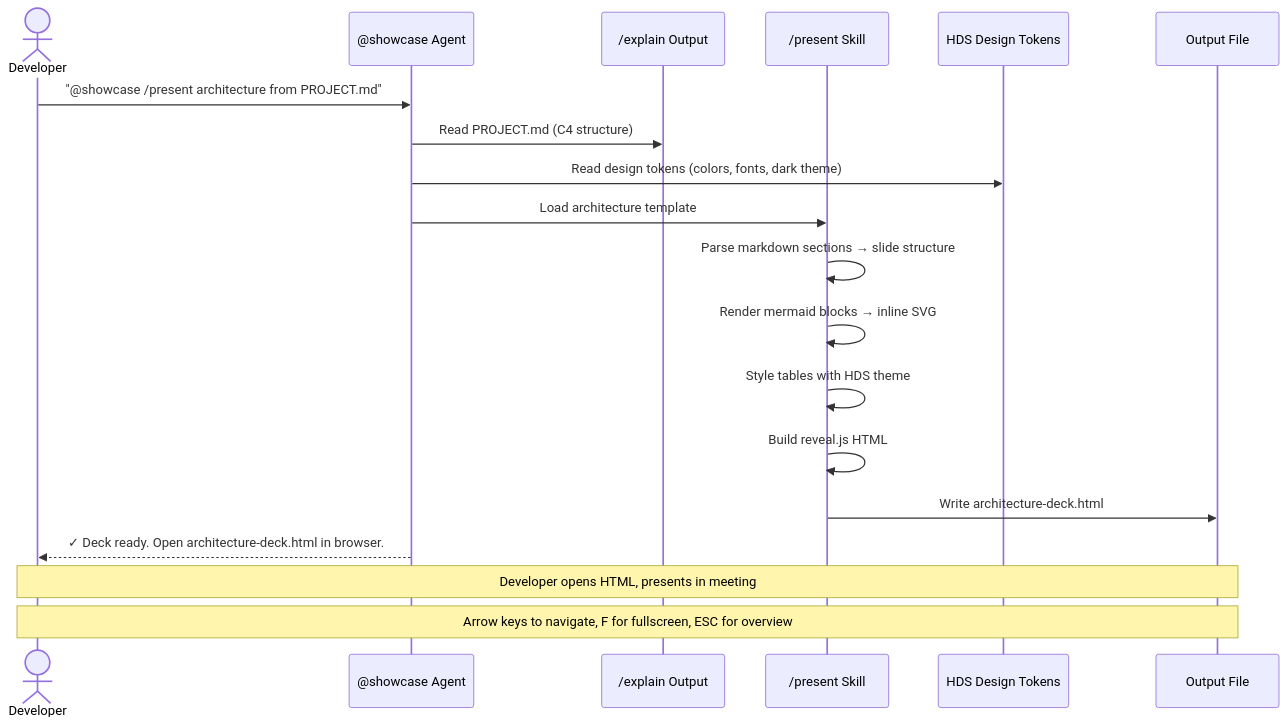
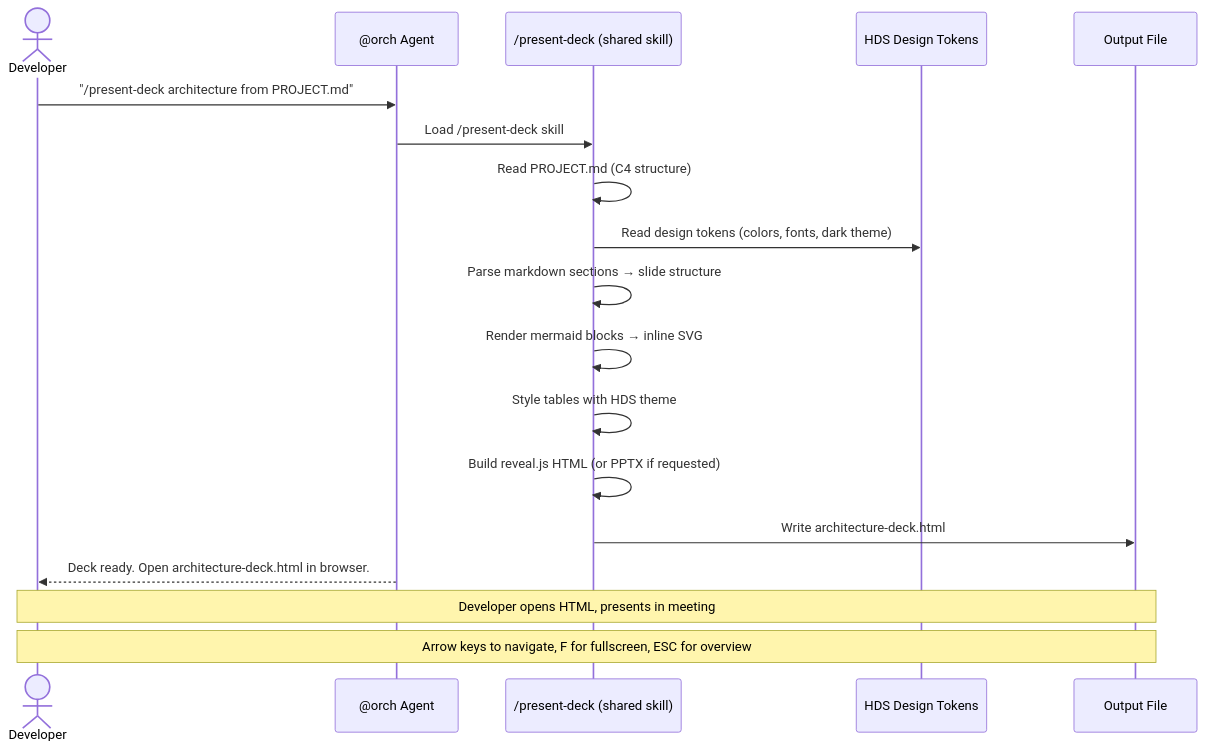
Before and after one commit to oneinthebox/vscode-ghcp-agents: the sixth of 6 diagrams in docs/prd.md, drawn with Mermaid. The commit also changed other lines of this file and 11 other files, not shown here.

````diff
--- a/docs/prd.md
+++ b/docs/prd.md
@@ -699,23 +754,22 @@
 ```mermaid
 sequenceDiagram
     actor Dev as Developer
-    participant SC as @showcase Agent
-    participant EX as /explain Output
-    participant PR as /present Skill
+    participant OR as @orch Agent
+    participant PD as /present-deck (shared skill)
     participant HDS as HDS Design Tokens
     participant OUT as Output File
 
-    Dev->>SC: "@showcase /present architecture from PROJECT.md"
-    SC->>EX: Read PROJECT.md (C4 structure)
-    SC->>HDS: Read design tokens (colors, fonts, dark theme)
-    SC->>PR: Load architecture template
-    PR->>PR: Parse markdown sections → slide structure
-    PR->>PR: Render mermaid blocks → inline SVG
-    PR->>PR: Style tables with HDS theme
-    PR->>PR: Build reveal.js HTML
-    PR->>OUT: Write architecture-deck.html
-    SC-->>Dev: ✓ Deck ready. Open architecture-deck.html in browser.
+    Dev->>OR: "/present-deck architecture from PROJECT.md"
+    OR->>PD: Load /present-deck skill
+    PD->>PD: Read PROJECT.md (C4 structure)
+    PD->>HDS: Read design tokens (colors, fonts, dark theme)
+    PD->>PD: Parse markdown sections → slide structure
+    PD->>PD: Render mermaid blocks → inline SVG
+    PD->>PD: Style tables with HDS theme
+    PD->>PD: Build reveal.js HTML (or PPTX if requested)
+    PD->>OUT: Write architecture-deck.html
+    OR-->>Dev: Deck ready. Open architecture-deck.html in browser.
 
     Note over Dev,OUT: Developer opens HTML, presents in meeting
     Note over Dev,OUT: Arrow keys to navigate, F for fullscreen, ESC for overview
 ```
````
